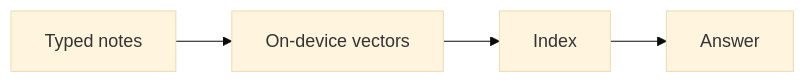
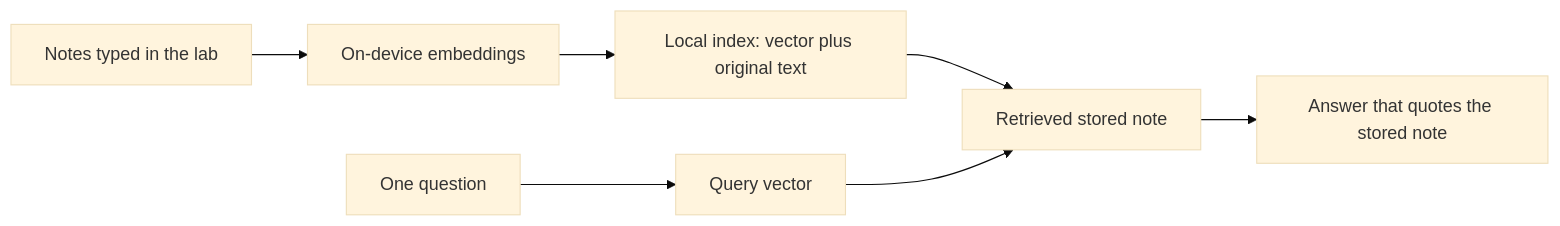
One commit to mohamedmabrouk582/Android-Ai-Lab changed the diagram in lab-on-device-rag/README.md. Above: the diagram before and after it, drawn with Mermaid (base theme). The commit also changed other lines of this file and 41 other files, not shown here.

````diff
--- a/lab-on-device-rag/README.md
+++ b/lab-on-device-rag/README.md
@@ -13,4 +25,9 @@
 ```mermaid
 flowchart LR
-  n0["Typed notes"] --> n1["On-device vectors"] --> n2["Index"] --> n3["Answer"]
+  notes["Notes typed in the lab"] --> vectors["On-device embeddings"]
+  vectors --> index["Local index: vector plus original text"]
+  question["One question"] --> query["Query vector"]
+  index --> retrieved["Retrieved stored note"]
+  query --> retrieved
+  retrieved --> answer["Answer that quotes the stored note"]
 ```
````
